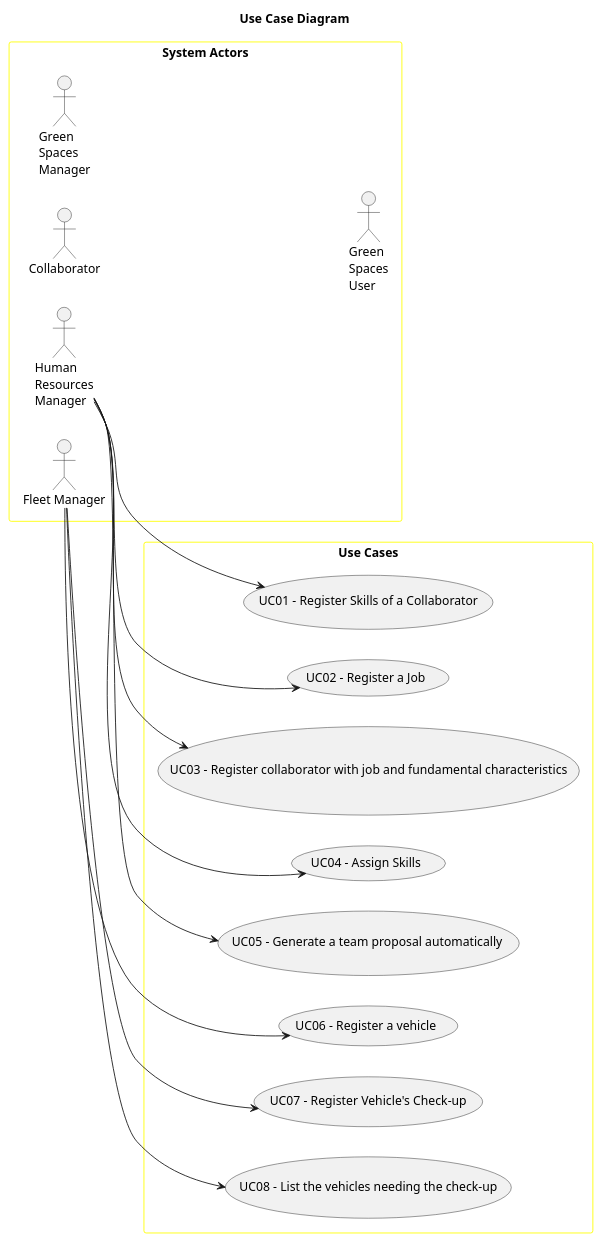
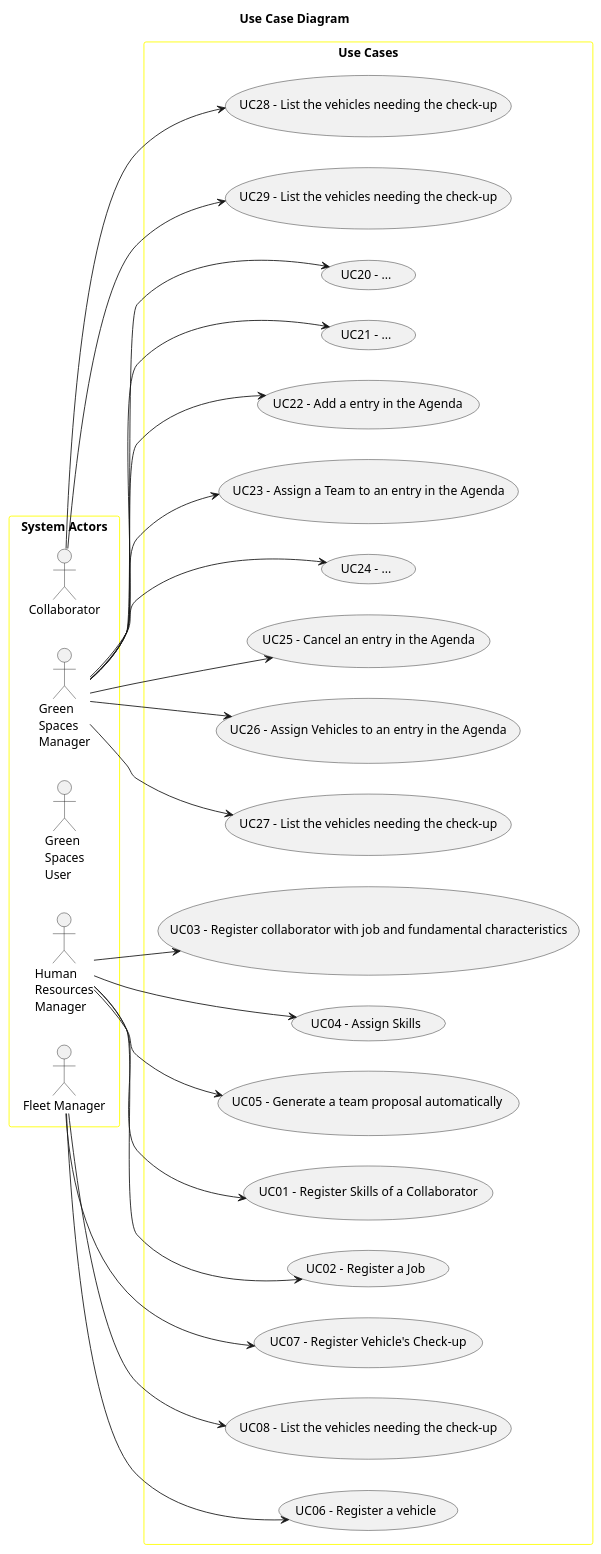
One commit to daniel41silva05/ISEP_2023_2024_LAPR2 changed the diagram in docs/sprintA&B&C/global-artifacts/01.requirements-engineering/puml/use-case-diagram.puml. Above: the diagram before and after it, drawn with PlantUML. The commit also changed 7 other files, not shown here.

Commit message:
update of the use case diagram, and the organization of classes

```diff
--- a/docs/sprintA&B&C/global-artifacts/01.requirements-engineering/puml/use-case-diagram.puml
+++ b/docs/sprintA&B&C/global-artifacts/01.requirements-engineering/puml/use-case-diagram.puml
@@ -1,41 +1,63 @@
 @startuml
 'skinparam monochrome true
 skinparam packageStyle rectangle
 'skinparam shadowing false
 
 skinparam rectangle{
     BorderColor yellow
 }
 
 title Use Case Diagram
 
 left to right direction
 
 rectangle "System Actors" as actors {
     actor Collaborator
     actor "Green\nSpaces\nManager" as GSM
     actor "Green\nSpaces\nUser" as GSU
     actor "Human\nResources\nManager" as HRM
     actor "Fleet Manager" as FM
 }
 
 rectangle "Use Cases" as usecases{
     usecase "UC01 - Register Skills of a Collaborator" as UC01
     HRM --> UC01
     usecase "UC02 - Register a Job" as UC02
     HRM --> UC02
     usecase "UC03 - Register collaborator with job and fundamental characteristics" as UC03
     HRM --> UC03
     usecase "UC04 - Assign Skills" as UC04
     HRM --> UC04
     usecase "UC05 - Generate a team proposal automatically " as UC05
     HRM --> UC05
     usecase "UC06 - Register a vehicle" as UC06
     FM --> UC06
     usecase "UC07 - Register Vehicle's Check-up" as UC07
     FM --> UC07
     usecase "UC08 - List the vehicles needing the check-up" as UC08
     FM --> UC08
+
+    usecase "UC20 - ..." as UC20
+    GSM --> UC20
+    usecase "UC21 - ..." as UC21
+    GSM --> UC21
+    usecase "UC22 - Add a entry in the Agenda" as UC22
+    GSM --> UC22
+    usecase "UC23 - Assign a Team to an entry in the Agenda" as UC23
+    GSM --> UC23
+    usecase "UC24 - ..." as UC24
+    GSM --> UC24
+    usecase "UC25 - Cancel an entry in the Agenda" as UC25
+    GSM --> UC25
+    usecase "UC26 - Assign Vehicles to an entry in the Agenda" as UC26
+    GSM --> UC26
+    usecase "UC27 - List the vehicles needing the check-up" as UC27
+    GSM --> UC27
+    usecase "UC28 - List the vehicles needing the check-up" as UC28
+    Collaborator --> UC28
+    usecase "UC29 - List the vehicles needing the check-up" as UC29
+    Collaborator --> UC29
+
 }
 
 @enduml
```
